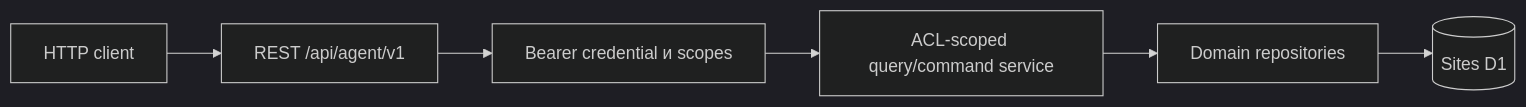
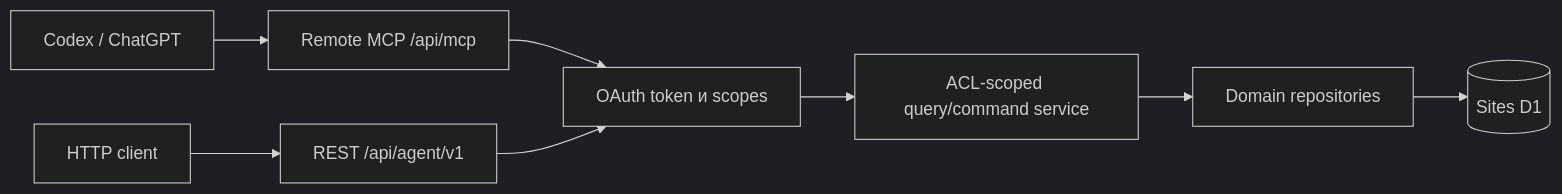
One commit to xxsrez/TaskManager changed the diagram in docs/specs/agent-api.md. Above: the diagram before and after it, drawn with Mermaid (dark theme). The commit also changed other lines of this file and 39 other files, not shown here.

Commit message:
Add OAuth MCP connector for Task Manager

````diff
--- a/docs/specs/agent-api.md
+++ b/docs/specs/agent-api.md
@@ -32,8 +33,10 @@
 ```mermaid
 flowchart LR
-    C["HTTP client"] --> R["REST /api/agent/v1"]
-    R --> I["Bearer credential и scopes"]
+    C["Codex / ChatGPT"] --> M["Remote MCP /api/mcp"]
+    H["HTTP client"] --> R["REST /api/agent/v1"]
+    M --> I["OAuth token и scopes"]
+    R --> I
     I --> Q["ACL-scoped query/command service"]
     Q --> D["Domain repositories"]
     D --> DB[("Sites D1")]
 ```
````
